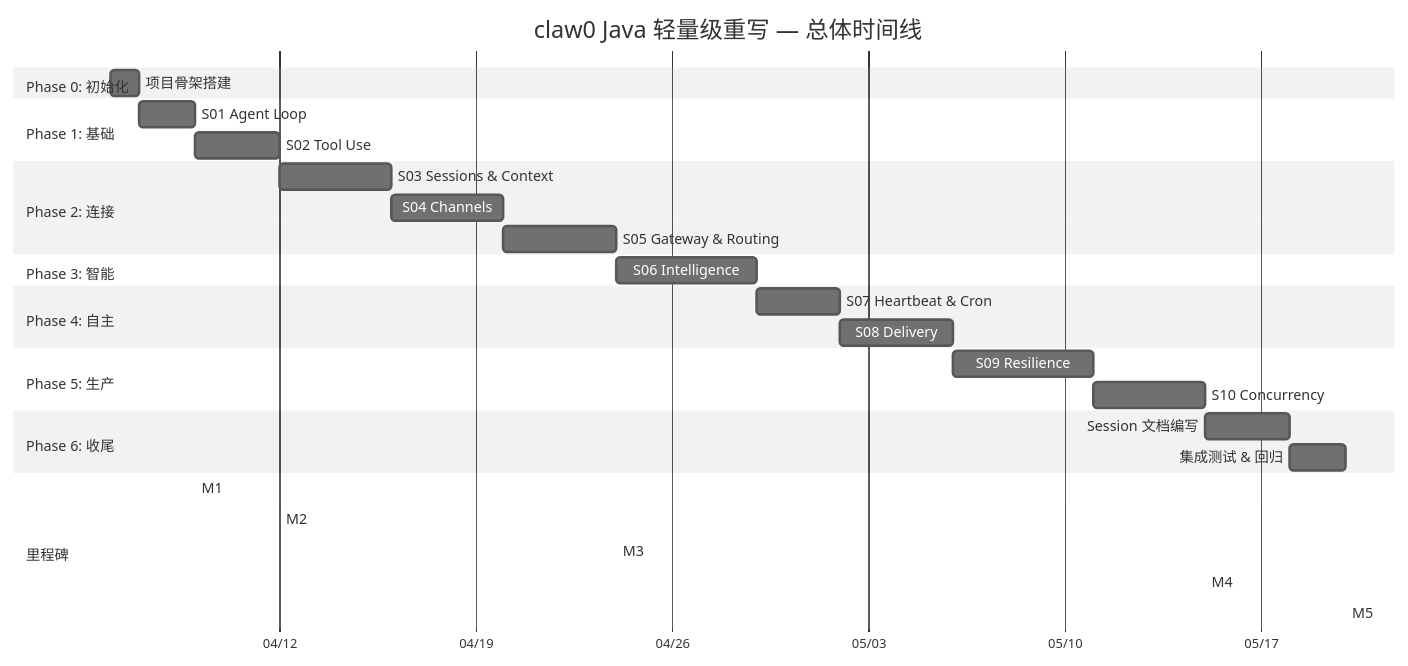
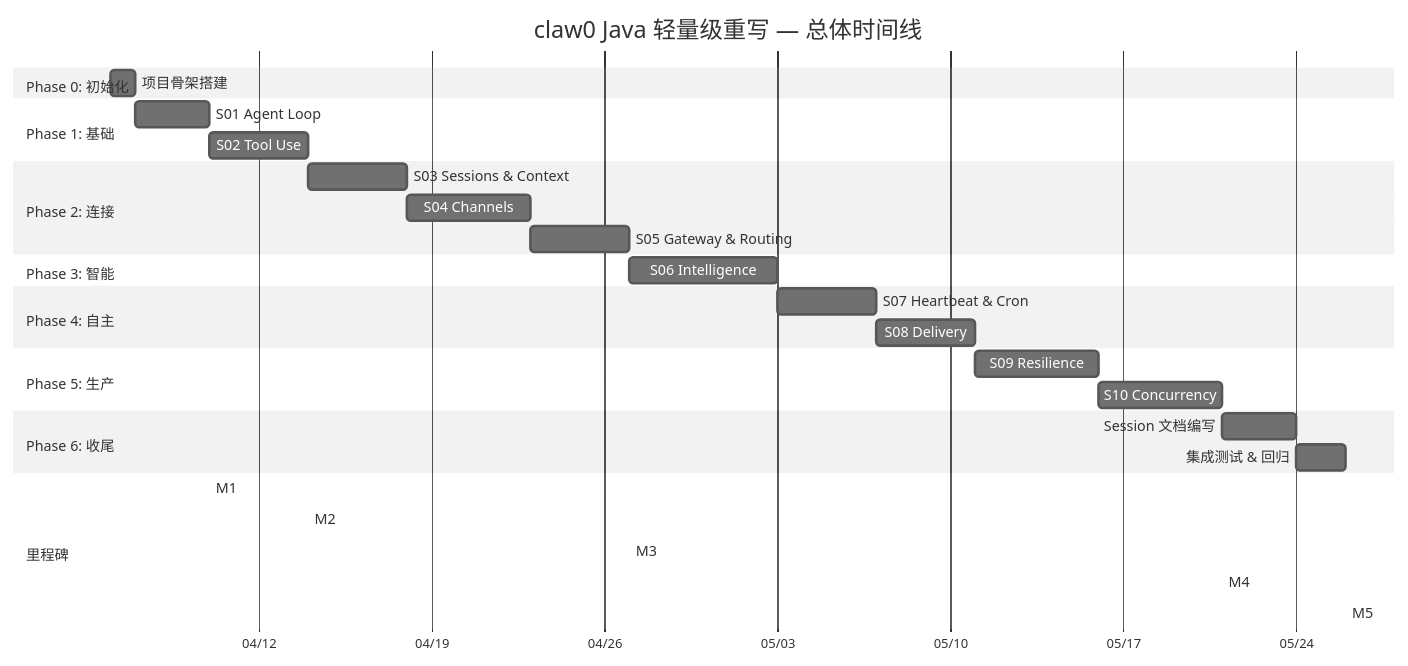
One commit to XianReallyHot-ZZH/OpenClaw-ZeroToOne changed the first of 16 diagrams in specs/light-claw0-java-rewrite-plan.md. Above: the diagram before and after it, drawn with Mermaid (neutral theme). The commit also changed other lines of this file and 1 other file, not shown here.

````diff
--- a/specs/light-claw0-java-rewrite-plan.md
+++ b/specs/light-claw0-java-rewrite-plan.md
@@ -34,40 +36,40 @@
 ```mermaid
 gantt
     title claw0 Java 轻量级重写 — 总体时间线
     dateFormat  YYYY-MM-DD
     axisFormat  %m/%d
 
     section Phase 0: 初始化
     项目骨架搭建                :p0, 2026-04-06, 1d
 
     section Phase 1: 基础
-    S01 Agent Loop              :s01, after p0, 2d
-    S02 Tool Use                :s02, after s01, 3d
+    S01 Agent Loop              :s01, after p0, 3d
+    S02 Tool Use                :s02, after s01, 4d
 
     section Phase 2: 连接
     S03 Sessions & Context      :s03, after s02, 4d
-    S04 Channels                :s04, after s03, 4d
+    S04 Channels                :s04, after s03, 5d
     S05 Gateway & Routing       :s05, after s04, 4d
 
     section Phase 3: 智能
-    S06 Intelligence            :s06, after s05, 5d
+    S06 Intelligence            :s06, after s05, 6d
 
     section Phase 4: 自主
-    S07 Heartbeat & Cron        :s07, after s06, 3d
+    S07 Heartbeat & Cron        :s07, after s06, 4d
     S08 Delivery                :s08, after s07, 4d
 
     section Phase 5: 生产
     S09 Resilience              :s09, after s08, 5d
-    S10 Concurrency             :s10, after s09, 4d
+    S10 Concurrency             :s10, after s09, 5d
 
     section Phase 6: 收尾
     Session 文档编写             :d1, after s10, 3d
     集成测试 & 回归              :d2, after d1, 2d
 
     section 里程碑
     M1: SDK 验证通过            :milestone, after s01, 0d
     M2: 基础层完成              :milestone, after s02, 0d
     M3: 端到端可运行            :milestone, after s05, 0d
     M4: 全功能完成              :milestone, after s10, 0d
     M5: 交付                    :milestone, after d2, 0d
 ```
````
